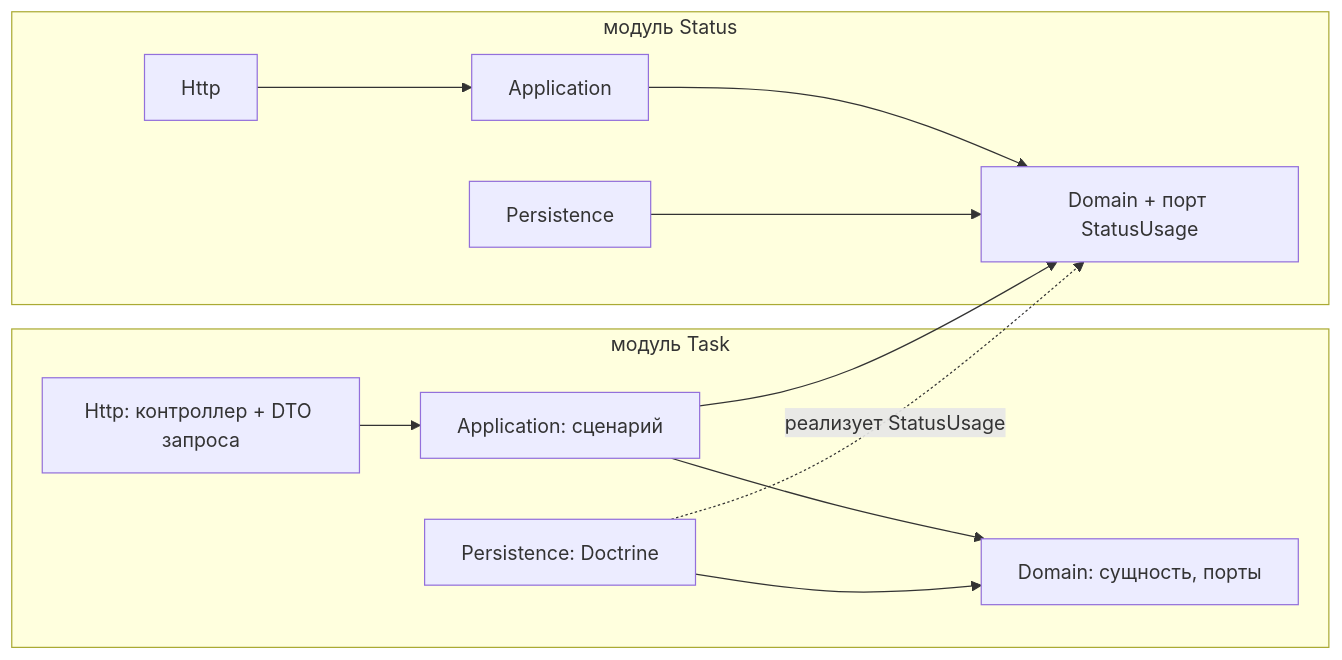
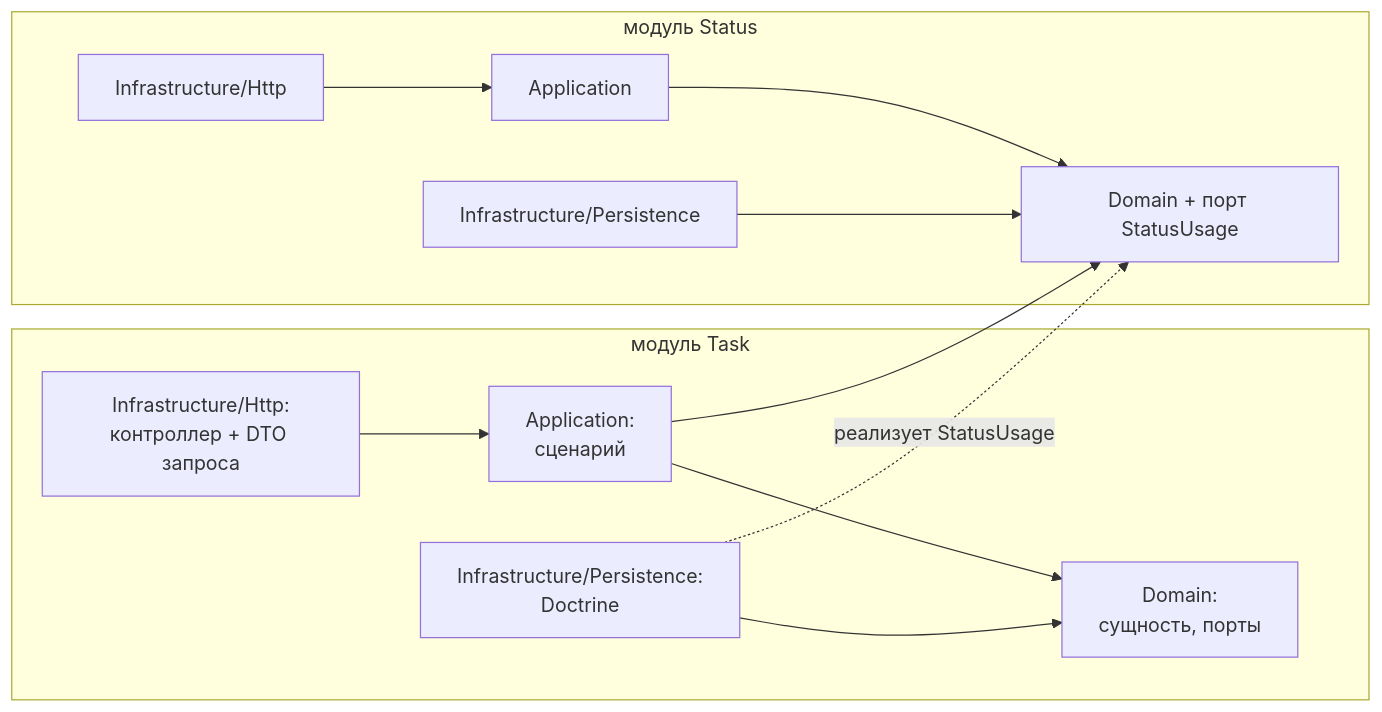
The third of 5 diagrams in README.md (rikire/task-manager-api), drawn with Mermaid before and after one commit. The commit also changed other lines of this file and 1 other file, not shown here.

````diff
--- a/README.md
+++ b/README.md
@@ -144,13 +154,14 @@
 ```mermaid
 flowchart LR
     subgraph Task["модуль Task"]
-        TH["Http: контроллер + DTO запроса"] --> TA["Application: сценарий"] --> TD["Domain: сущность, порты"]
-        TP["Persistence: Doctrine"] --> TD
+        TH["Infrastructure/Http:<br/>контроллер + DTO запроса"] --> TA["Application:<br/>сценарий"]
+        TA --> TD["Domain:<br/>сущность, порты"]
+        TP["Infrastructure/Persistence:<br/>Doctrine"] --> TD
     end
     subgraph Status["модуль Status"]
-        SH["Http"] --> SA["Application"] --> SD["Domain + порт StatusUsage"]
-        SP["Persistence"] --> SD
+        SH["Infrastructure/Http"] --> SA["Application"] --> SD["Domain + порт StatusUsage"]
+        SP["Infrastructure/Persistence"] --> SD
     end
     TA --> SD
     TP -. "реализует StatusUsage" .-> SD
 ```
````
